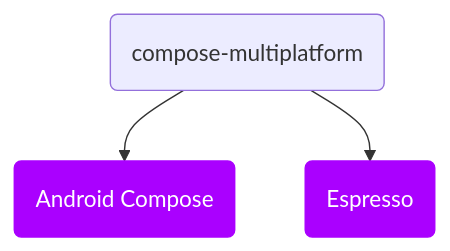
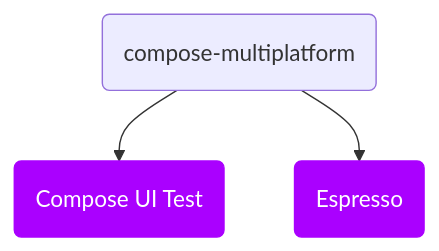
Before and after one commit to KakaoCup/Multiplatform: the diagram in documentation/docs/basics/kakao_compose_structure.md, drawn with Mermaid. The commit also changed other lines of this file and 6 other files, not shown here.

````diff
--- a/documentation/docs/basics/kakao_compose_structure.md
+++ b/documentation/docs/basics/kakao_compose_structure.md
@@ -11,15 +12,15 @@
 ```mermaid
 flowchart TD
 %% Nodes
     KCompose("compose-multiplatform")
     AEspresso("Espresso")
-    ACompose("Android Compose")
+    ACompose("Compose UI Test")
 
 %% Connections
     KCompose --> ACompose 
     KCompose --> AEspresso
 
 %% Style
     style AEspresso color:#FFFFFF, fill:#AA00FF, stroke:#AA00FF
     style ACompose color:#FFFFFF, fill:#AA00FF, stroke:#AA00FF
 ```
````
